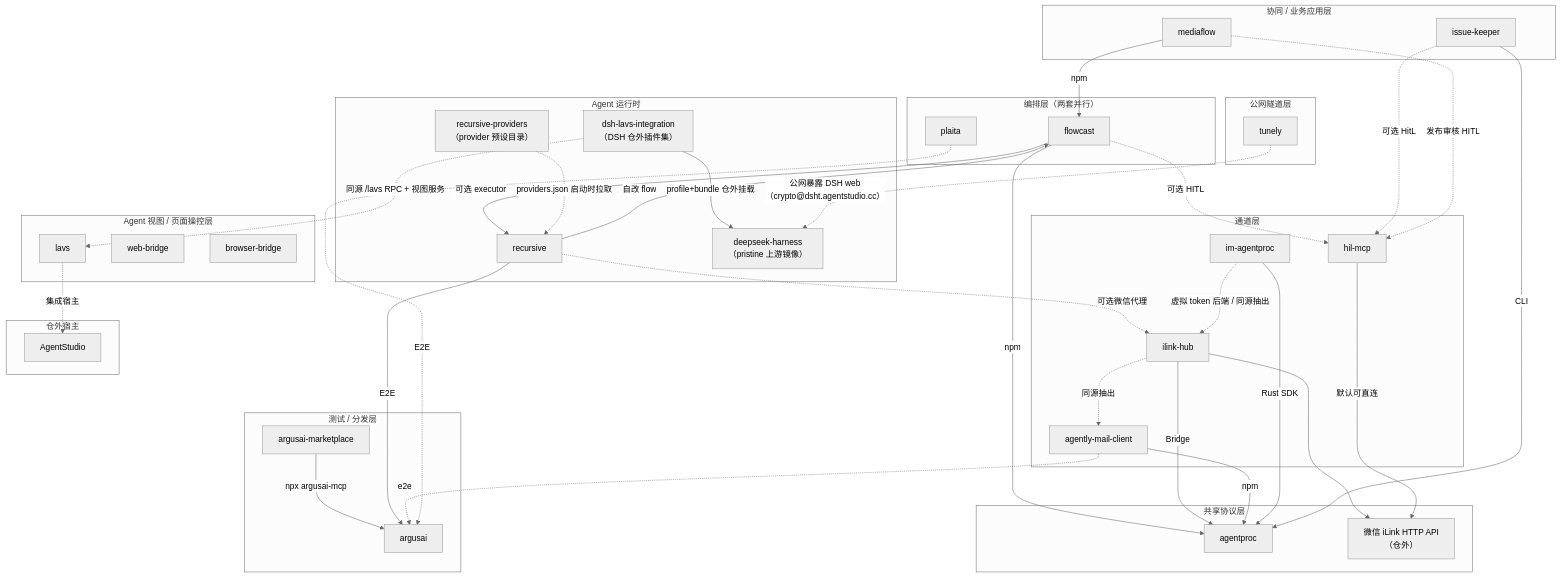
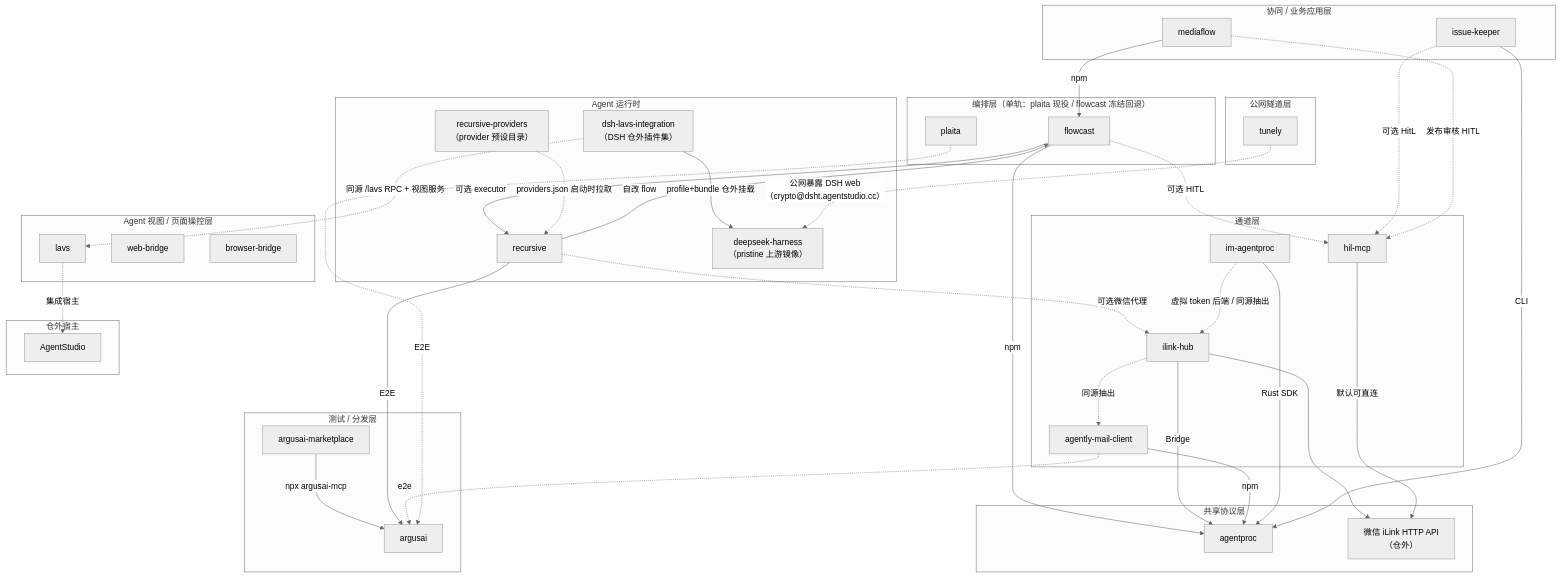
Before and after one commit to jeffkit/infra4agent: the first of 2 diagrams in docs/ARCHITECTURE.md, drawn with Mermaid (neutral theme). The commit also changed other lines of this file and 171 other files, not shown here.

````diff
--- a/docs/ARCHITECTURE.md
+++ b/docs/ARCHITECTURE.md
@@ -33,76 +33,76 @@
 ```mermaid
 flowchart TB
   subgraph collab["协同 / 业务应用层"]
     IK["issue-keeper"]
     MF["mediaflow"]
   end
 
   subgraph test["测试 / 分发层"]
     AM["argusai-marketplace"]
     AA["argusai"]
     AM -->|npx argusai-mcp| AA
   end
 
   subgraph ui["Agent 视图 / 页面操控层"]
     LAVS["lavs"]
     WB["web-bridge"]
     BB["browser-bridge"]
   end
 
-  subgraph orch["编排层（两套并行）"]
+  subgraph orch["编排层（单轨：plaita 现役 / flowcast 冻结回退）"]
     FC["flowcast"]
     PL["plaita"]
   end
 
   subgraph runtime["Agent 运行时"]
     REC["recursive"]
     RCP["recursive-providers<br/>（provider 预设目录）"]
     DSH["deepseek-harness<br/>（pristine 上游镜像）"]
     DSLI["dsh-lavs-integration<br/>（DSH 仓外插件集）"]
   end
 
   subgraph channel["通道层"]
     IH["ilink-hub"]
     IMAP["im-agentproc"]
     HITL["hil-mcp"]
     MAIL["agently-mail-client"]
   end
 
   subgraph tunnel["公网隧道层"]
     TN["tunely"]
   end
 
   subgraph shared["共享协议层"]
     AP["agentproc"]
     ILINK["微信 iLink HTTP API<br/>（仓外）"]
   end
 
   subgraph external["仓外宿主"]
     AS["AgentStudio"]
   end
 
   FC -->|npm| AP
   FC -->|可选 executor| REC
   RCP -.->|providers.json 启动时拉取| REC
   FC -.->|可选 HITL| HITL
   REC -->|自改 flow| FC
   REC -.->|可选微信代理| IH
   REC -->|E2E| AA
   IH -->|Bridge| AP
   IH --> ILINK
   IH -.->|同源抽出| MAIL
   MAIL -->|npm| AP
   IMAP -->|Rust SDK| AP
   IMAP -.->|虚拟 token 后端 / 同源抽出| IH
   HITL -->|默认可直连| ILINK
   IK -->|CLI| AP
   IK -.->|可选 HitL| HITL
   MAIL -.->|e2e| AA
   PL -.->|E2E| AA
   MF -->|npm| FC
   MF -.->|发布审核 HITL| HITL
   DSLI -->|profile+bundle 仓外挂载| DSH
   DSLI -.->|同源 /lavs RPC + 视图服务| LAVS
   TN -.->|公网暴露 DSH web（crypto@dsht.agentstudio.cc）| DSH
   LAVS -.->|集成宿主| AS
 ```
````
